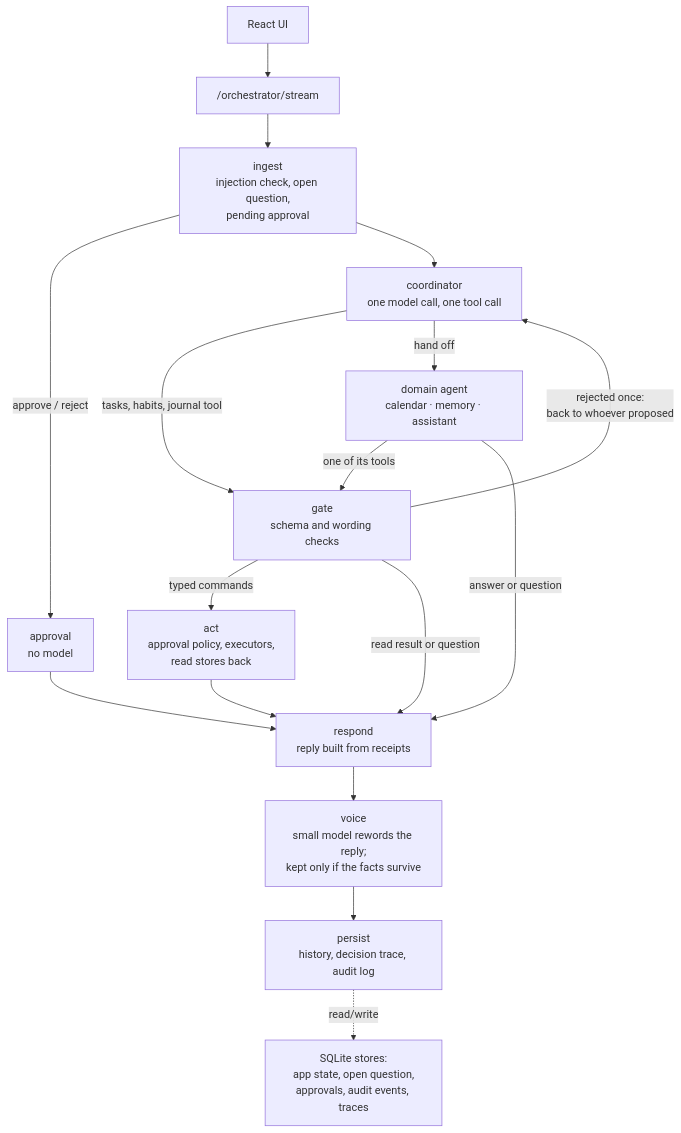
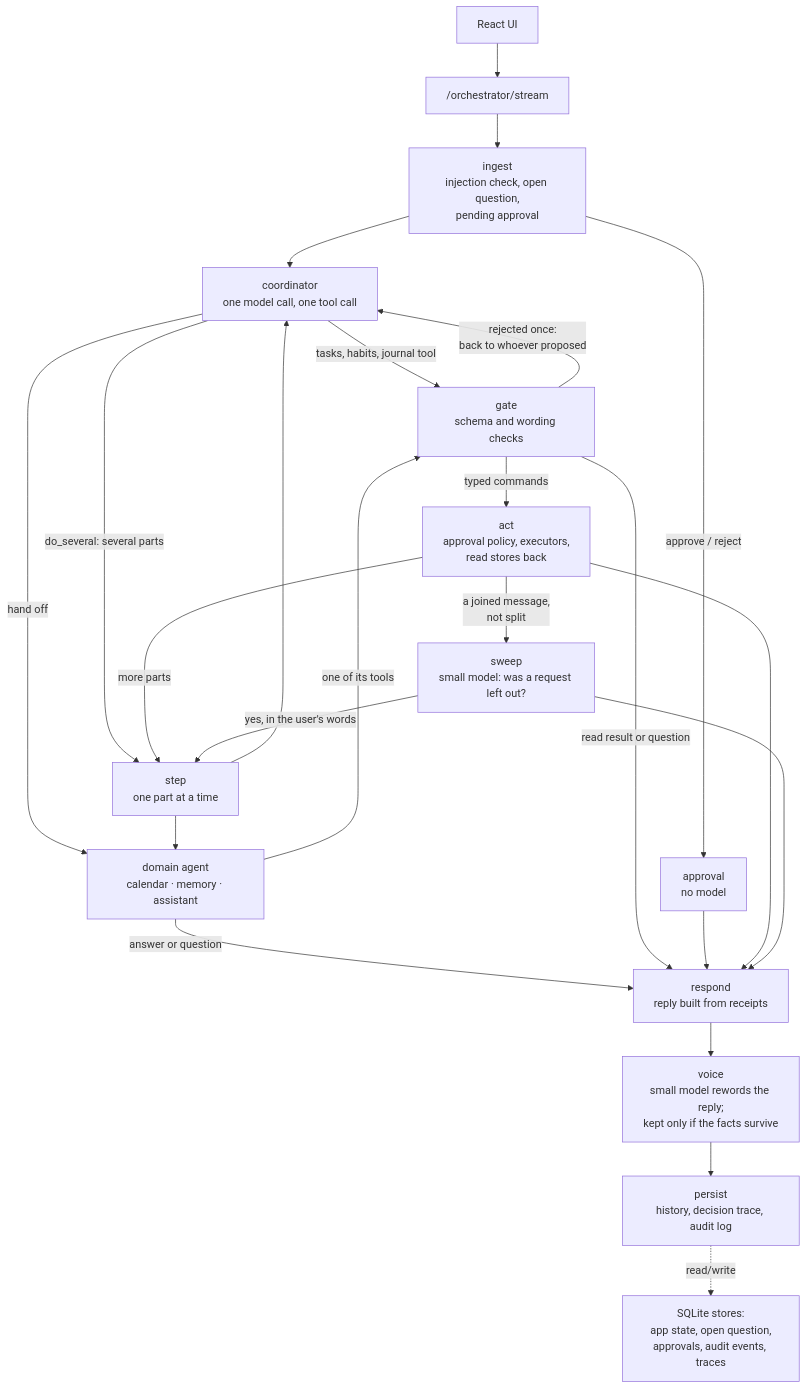
One commit to JefferyLiu6/Kairo changed the diagram in README.md. Above: the diagram before and after it, drawn with Mermaid. The commit also changed other lines of this file and 27 other files, not shown here.

First line of the commit message:
Plan multi-part messages, pick tasks by id, sweep for a request left out

````diff
--- a/README.md
+++ b/README.md
@@ -286,19 +286,26 @@
 ```mermaid
 flowchart TD
     A["React UI"] --> B["/orchestrator/stream"]
     B --> ING["ingest<br/>injection check, open question,<br/>pending approval"]
     ING -->|"approve / reject"| APP["approval<br/>no model"]
     ING --> CO["coordinator<br/>one model call, one tool call"]
     CO -->|"tasks, habits, journal tool"| G["gate<br/>schema and wording checks"]
     CO -->|"hand off"| AG["domain agent<br/>calendar · memory · assistant"]
+    CO -->|"do_several: several parts"| ST["step<br/>one part at a time"]
+    ST --> CO
+    ST --> AG
+    ACT -->|"more parts"| ST
     AG -->|"one of its tools"| G
     AG -->|"answer or question"| R
     G -->|"rejected once:<br/>back to whoever proposed"| CO
     G -->|"typed commands"| ACT["act<br/>approval policy, executors,<br/>read stores back"]
     G -->|"read result or question"| R["respond<br/>reply built from receipts"]
     APP --> R
     ACT --> R
+    ACT -->|"a joined message,<br/>not split"| SW["sweep<br/>small model: was a request left out?"]
+    SW -->|"yes, in the user's words"| ST
+    SW --> R
     R --> V["voice<br/>small model rewords the reply;<br/>kept only if the facts survive"]
     V --> P["persist<br/>history, decision trace, audit log"]
     P -. read/write .-> DB["SQLite stores:<br/>app state, open question,<br/>approvals, audit events, traces"]
 ```
````
